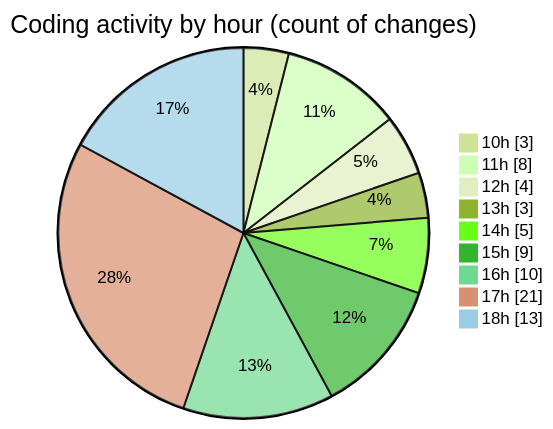
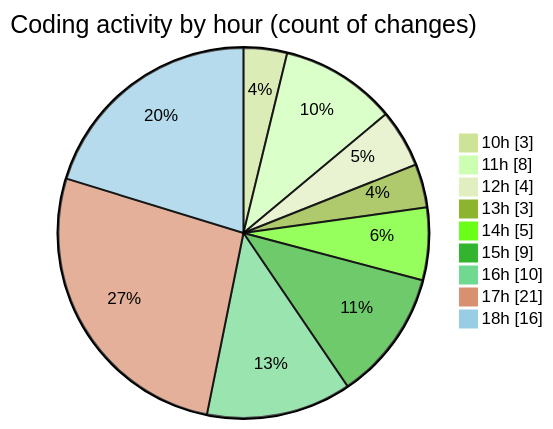
The second of 2 diagrams in 2025-11-07/nxtqube_webapp/README.md (nxtqubesakshisongat/code-tracking), drawn with Mermaid (forest theme) before and after one commit. The commit also changed other lines of this file and 1 other file, not shown here.

````diff
--- a/2025-11-07/nxtqube_webapp/README.md
+++ b/2025-11-07/nxtqube_webapp/README.md
@@ -36,13 +36,13 @@
 ```mermaid
 pie showData
 title Coding activity by hour (count of changes)
 "10h" : 3
 "11h" : 8
 "12h" : 4
 "13h" : 3
 "14h" : 5
 "15h" : 9
 "16h" : 10
 "17h" : 21
-"18h" : 13
+"18h" : 16
 ```
````
